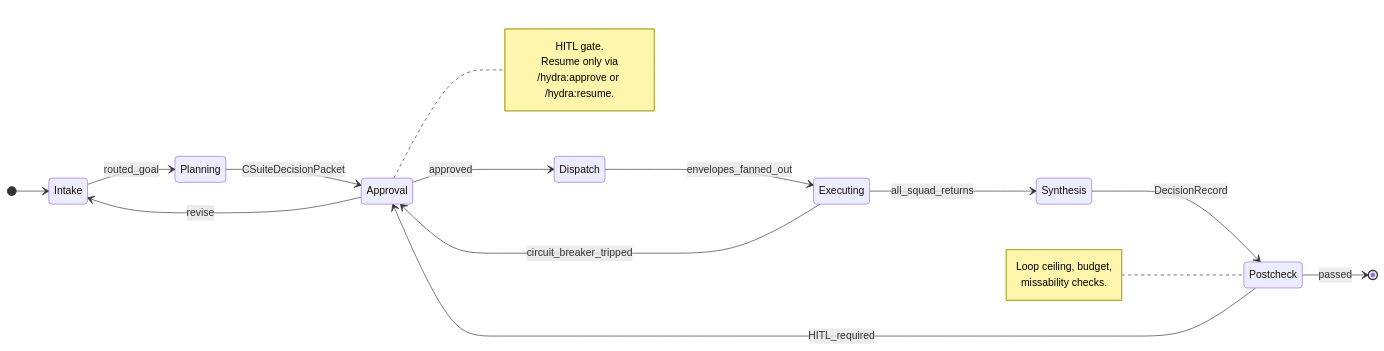
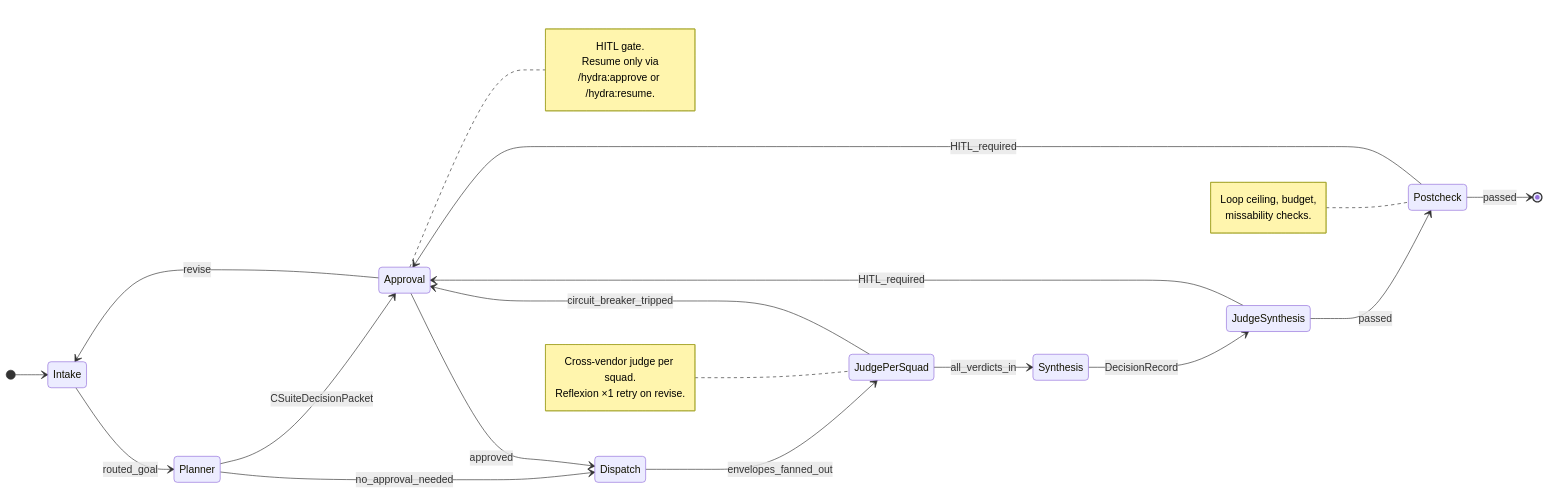
One commit to lebobo88/Hydra changed the second of 3 diagrams in README.md. Above: the diagram before and after it, drawn with Mermaid. The commit also changed other lines of this file and 12 other files, not shown here.

````diff
--- a/README.md
+++ b/README.md
@@ -106,24 +106,31 @@
 ```mermaid
 stateDiagram-v2
     direction LR
     [*] --> Intake
-    Intake --> Planning : routed_goal
-    Planning --> Approval : CSuiteDecisionPacket
+    Intake --> Planner : routed_goal
+    Planner --> Approval : CSuiteDecisionPacket
+    Planner --> Dispatch : no_approval_needed
     Approval --> Dispatch : approved
     Approval --> Intake : revise
-    Dispatch --> Executing : envelopes_fanned_out
-    Executing --> Synthesis : all_squad_returns
-    Synthesis --> Postcheck : DecisionRecord
+    Dispatch --> JudgePerSquad : envelopes_fanned_out
+    JudgePerSquad --> Synthesis : all_verdicts_in
+    JudgePerSquad --> Approval : circuit_breaker_tripped
+    Synthesis --> JudgeSynthesis : DecisionRecord
+    JudgeSynthesis --> Postcheck : passed
+    JudgeSynthesis --> Approval : HITL_required
     Postcheck --> [*] : passed
     Postcheck --> Approval : HITL_required
-    Executing --> Approval : circuit_breaker_tripped
     note right of Approval
         HITL gate.
         Resume only via
         /hydra:approve or /hydra:resume.
+    end note
+    note left of JudgePerSquad
+        Cross-vendor judge per squad.
+        Reflexion ×1 retry on revise.
     end note
     note left of Postcheck
         Loop ceiling, budget,
         missability checks.
     end note
 ```
````
